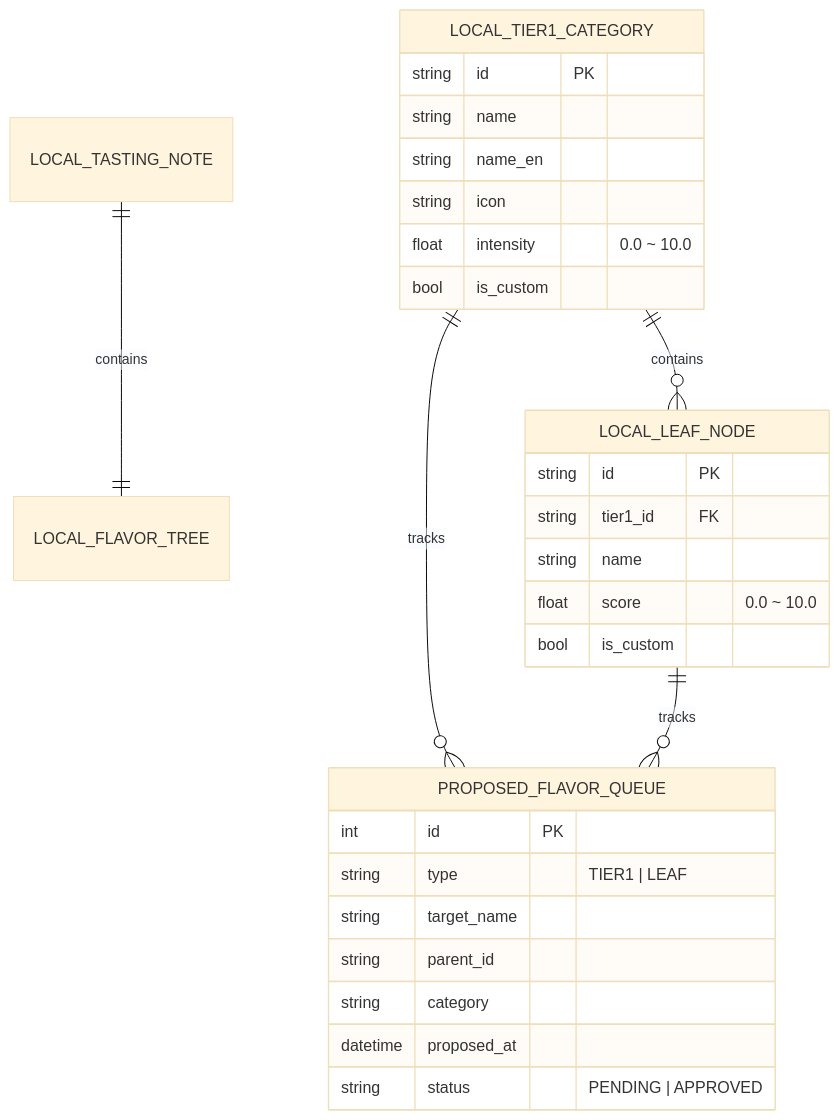
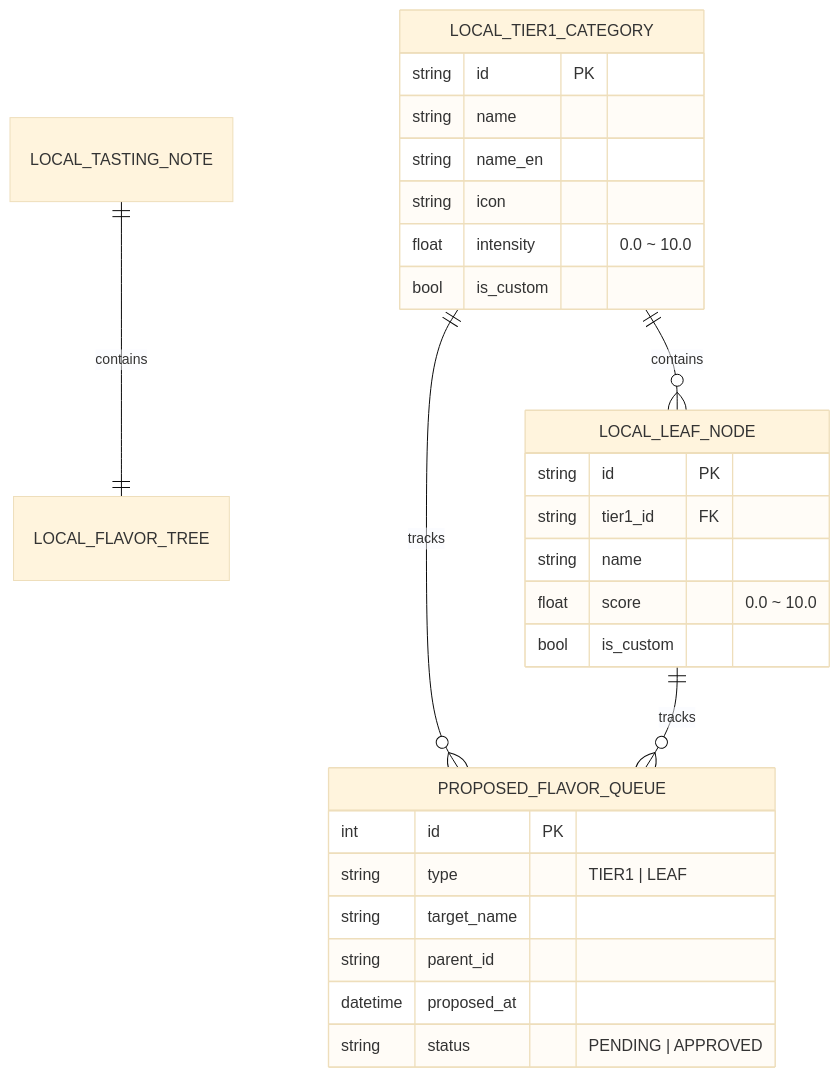
One commit to chanhooop/FlavorWheel changed the fourth of 4 diagrams in README.md. Above: the diagram before and after it, drawn with Mermaid (base theme). The commit also changed other lines of this file and 1 other file, not shown here.

````diff
--- a/README.md
+++ b/README.md
@@ -197,34 +153,33 @@
 ```mermaid
 erDiagram
     LOCAL_TASTING_NOTE ||--|| LOCAL_FLAVOR_TREE : contains
     LOCAL_TIER1_CATEGORY ||--o{ LOCAL_LEAF_NODE : contains
     LOCAL_TIER1_CATEGORY ||--o{ PROPOSED_FLAVOR_QUEUE : tracks
     LOCAL_LEAF_NODE ||--o{ PROPOSED_FLAVOR_QUEUE : tracks
 
     LOCAL_TIER1_CATEGORY {
         string id PK
         string name
         string name_en
         string icon
         float intensity "0.0 ~ 10.0"
         bool is_custom
     }
 
     LOCAL_LEAF_NODE {
         string id PK
         string tier1_id FK
         string name
         float score "0.0 ~ 10.0"
         bool is_custom
     }
 
     PROPOSED_FLAVOR_QUEUE {
         int id PK
         string type "TIER1 | LEAF"
         string target_name
         string parent_id
-        string category
         datetime proposed_at
         string status "PENDING | APPROVED"
     }
 ```
````
